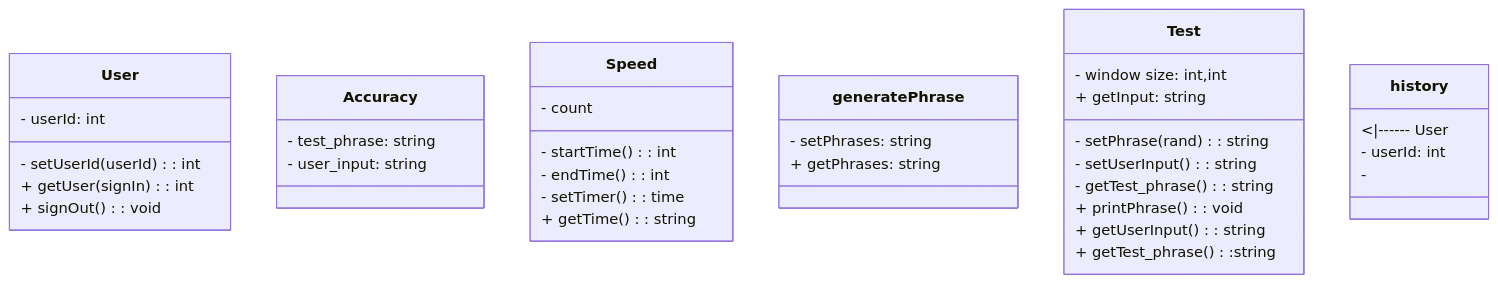
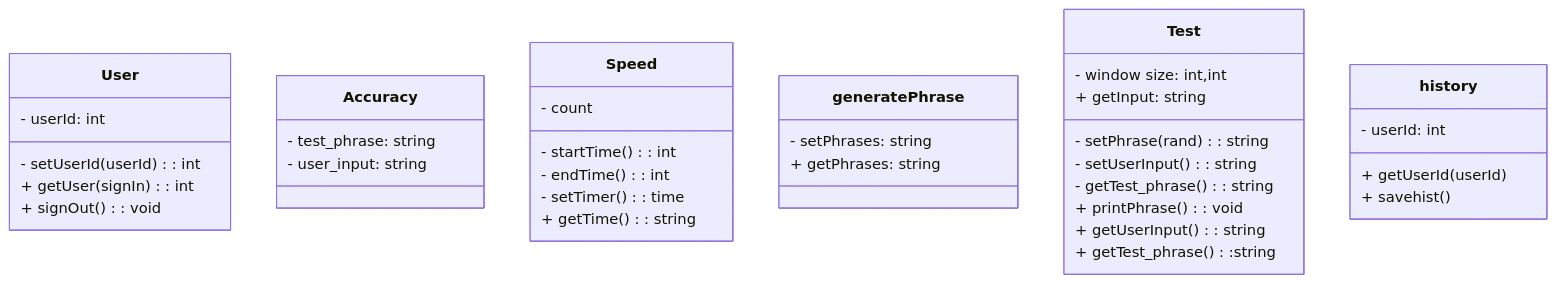
The diagram in README.md (SynthNibbler/tippitytappity-design), drawn with Mermaid before and after one commit.

````diff
--- a/README.md
+++ b/README.md
@@ -8,39 +8,40 @@
 ```mermaid
 classDiagram
 class User{
   - userId: int
   - setUserId(userId): int
   + getUser(signIn): int
   + signOut(): void
   }
   class Accuracy{
        - test_phrase: string
        - user_input: string
 
   }
   class Speed{
         - count
         - startTime(): int
         - endTime(): int
         - setTimer(): time
         + getTime(): string
   }
   class generatePhrase{
       - setPhrases: string
       + getPhrases: string
   }
   class Test{
     - window size: int,int
     - setPhrase(rand): string
     - setUserInput(): string
     - getTest_phrase(): string
     + getInput: string
     + printPhrase(): void
     + getUserInput(): string
     + getTest_phrase():string
   }
-  class history{ <|------ User
+  class history{
     - userId: int
-    - 
+    + getUserId(userId)
+    + savehist()
   }
 ```
````
